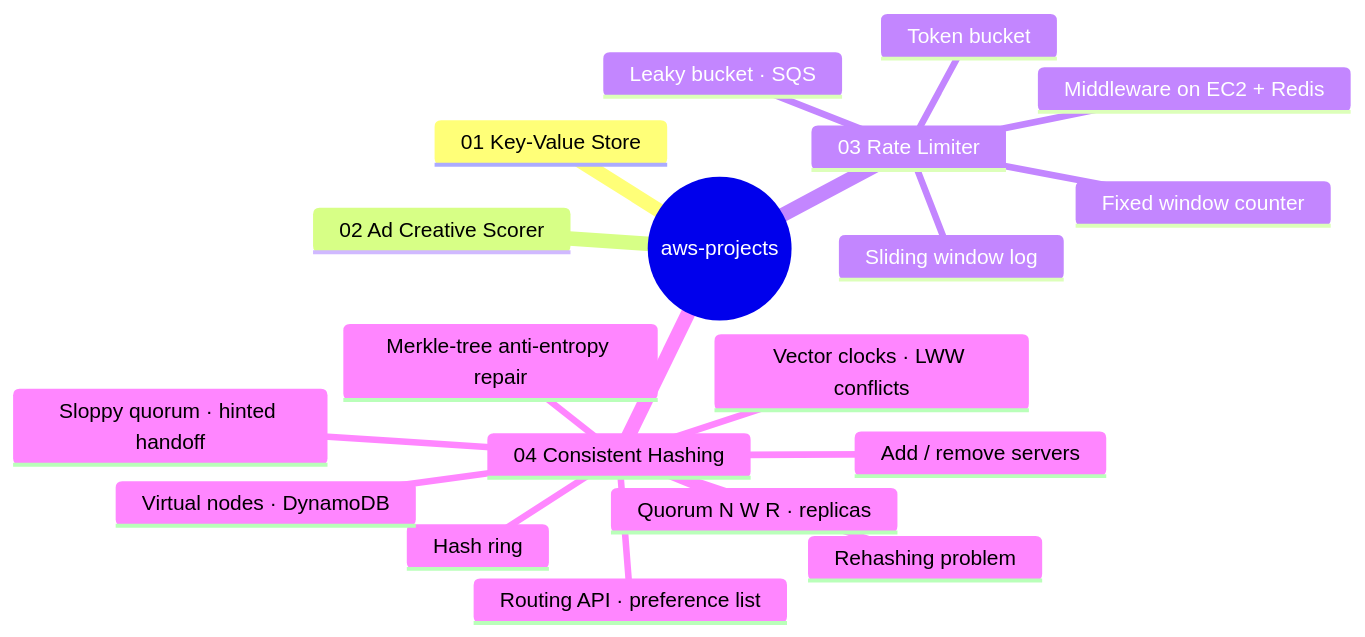
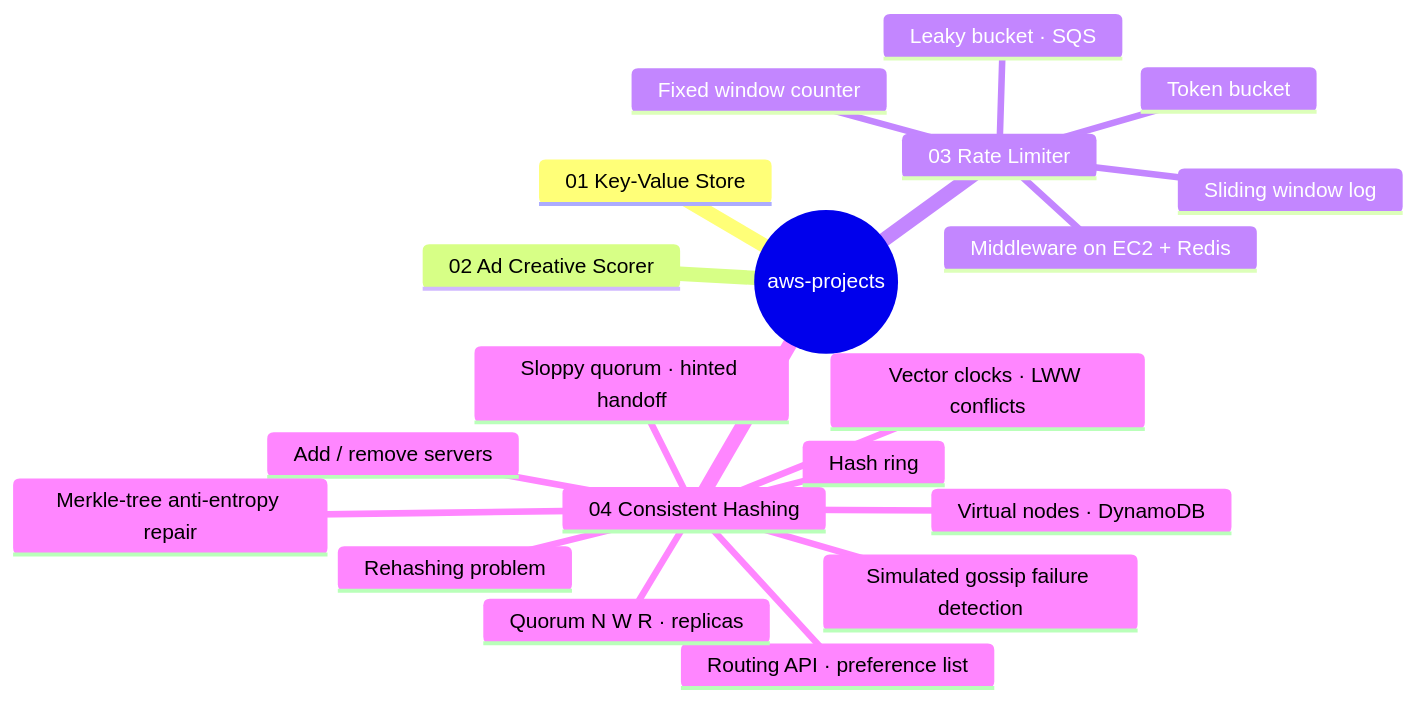
Before and after one commit to TareDevarsh/AWS-cloudformation-projects: the first of 3 diagrams in README.md, drawn with Mermaid. The commit also changed other lines of this file and 8 other files, not shown here.

First line of the commit message:
feat(04): simulated gossip failure detection (heartbeats + scheduled tick)

````diff
--- a/README.md
+++ b/README.md
@@ -59,22 +59,23 @@
 ```mermaid
 mindmap
   root((aws-projects))
     01 Key-Value Store
     02 Ad Creative Scorer
     03 Rate Limiter
       Middleware on EC2 + Redis
       Token bucket
       Leaky bucket · SQS
       Sliding window log
       Fixed window counter
     04 Consistent Hashing
       Rehashing problem
       Hash ring
       Add / remove servers
       Virtual nodes · DynamoDB
       Routing API · preference list
       Quorum N W R · replicas
       Vector clocks · LWW conflicts
       Sloppy quorum · hinted handoff
       Merkle-tree anti-entropy repair
+      Simulated gossip failure detection
 ```
````
